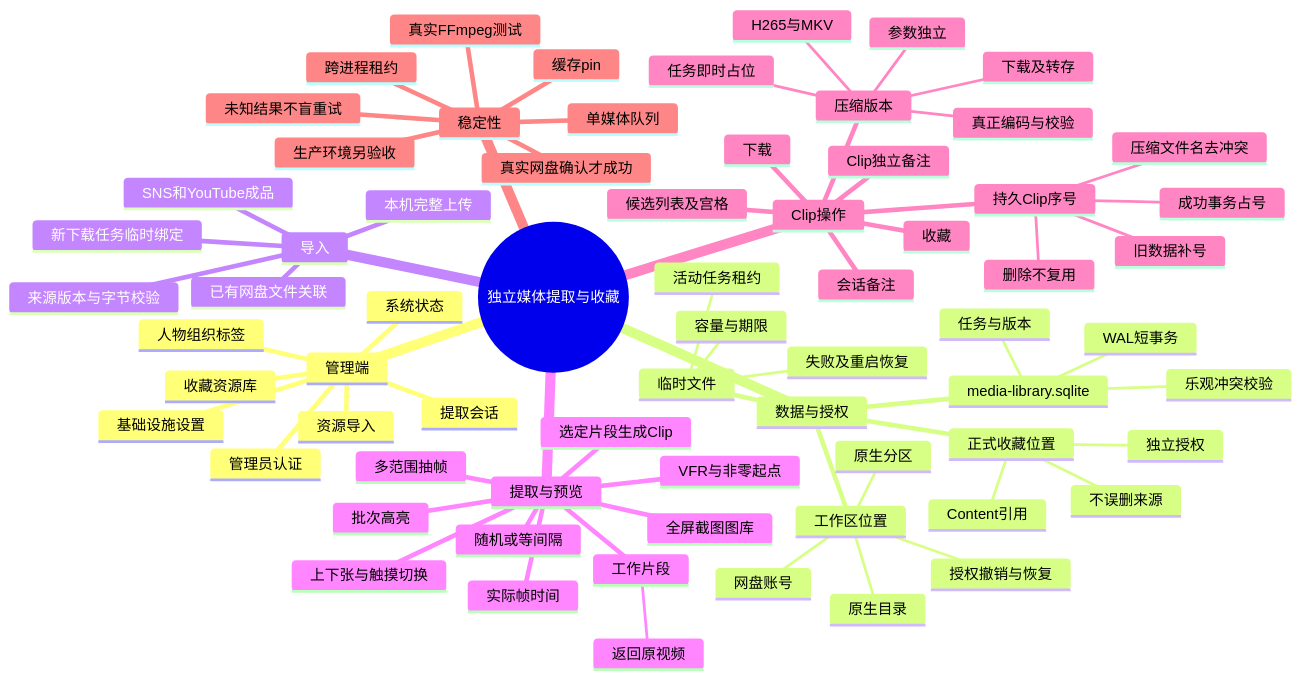
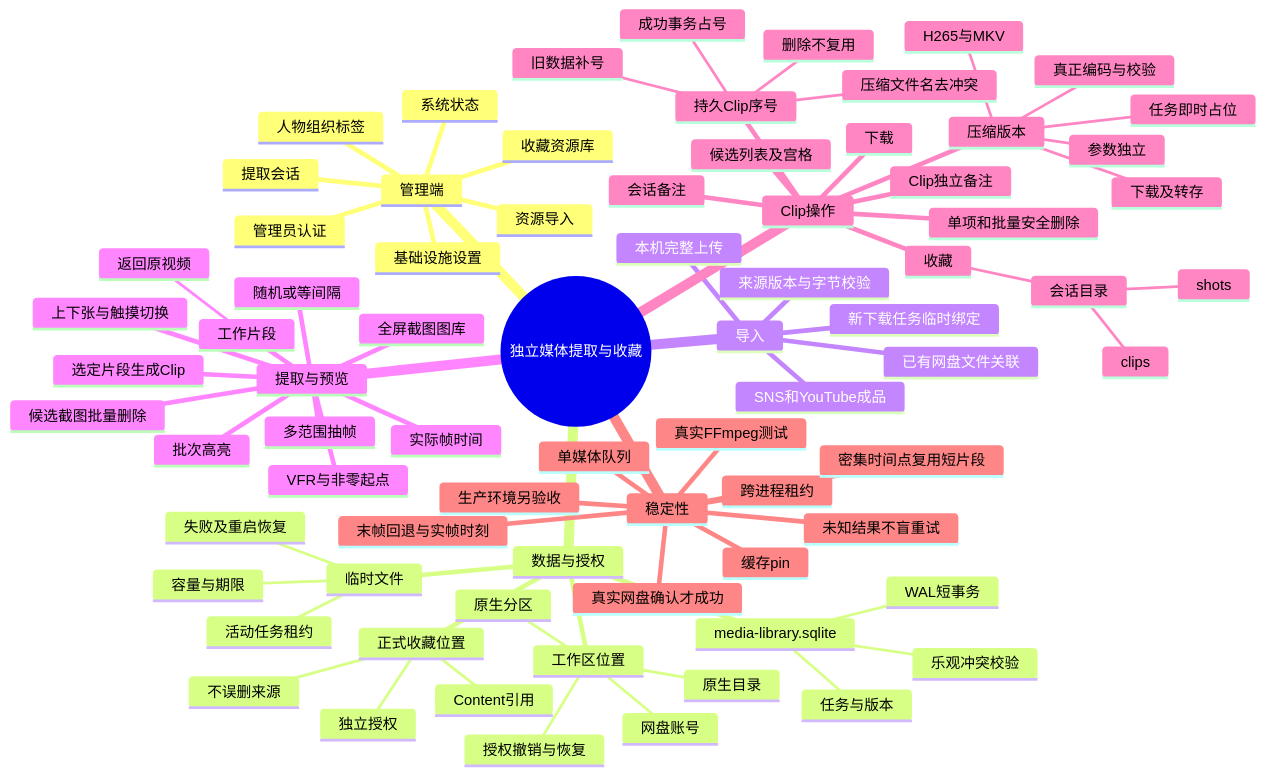
One commit to Ltre/file-tunnel changed the diagram in docs/overview/feature-mindmaps/13-media-library.md. Above: the diagram before and after it, drawn with Mermaid. The commit also changed other lines of this file, not shown here.

Commit message:
docs: sync current feature maps with joined authorization and media collection changes

````diff
--- a/docs/overview/feature-mindmaps/13-media-library.md
+++ b/docs/overview/feature-mindmaps/13-media-library.md
@@ -7,72 +7,79 @@
 ```mermaid
 mindmap
   root((独立媒体提取与收藏))
     管理端
       管理员认证
       基础设施设置
       资源导入
       提取会话
       收藏资源库
       人物组织标签
       系统状态
     数据与授权
       media-library.sqlite
         WAL短事务
         任务与版本
         乐观冲突校验
       工作区位置
         网盘账号
         原生分区
         原生目录
         授权撤销与恢复
       正式收藏位置
         独立授权
         Content引用
         不误删来源
       临时文件
         容量与期限
         活动任务租约
         失败及重启恢复
     导入
       本机完整上传
       已有网盘文件关联
       SNS和YouTube成品
       新下载任务临时绑定
       来源版本与字节校验
     提取与预览
       多范围抽帧
       随机或等间隔
       实际帧时间
       全屏截图图库
       批次高亮
+      候选截图批量删除
       上下张与触摸切换
       VFR与非零起点
       工作片段
         返回原视频
       选定片段生成Clip
     Clip操作
       会话备注
       Clip独立备注
       候选列表及宫格
       下载
+      单项和批量安全删除
       收藏
+        会话目录
+          clips
+          shots
       压缩版本
         H265与MKV
         参数独立
         任务即时占位
         真正编码与校验
         下载及转存
       持久Clip序号
         成功事务占号
         旧数据补号
         删除不复用
         压缩文件名去冲突
     稳定性
       单媒体队列
       跨进程租约
       缓存pin
       未知结果不盲重试
+      末帧回退与实帧时刻
+      密集时间点复用短片段
       真实网盘确认才成功
       真实FFmpeg测试
       生产环境另验收
 ```
````
